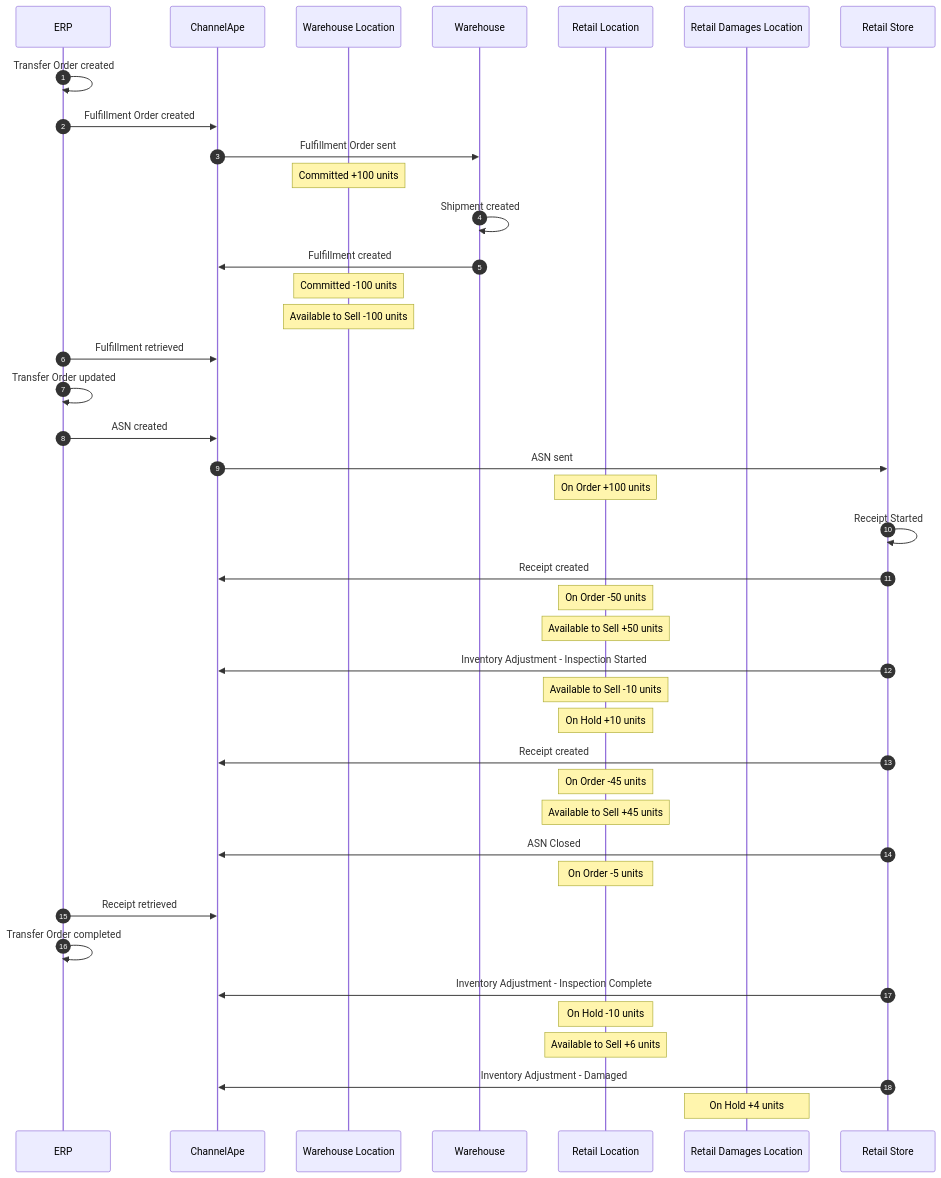
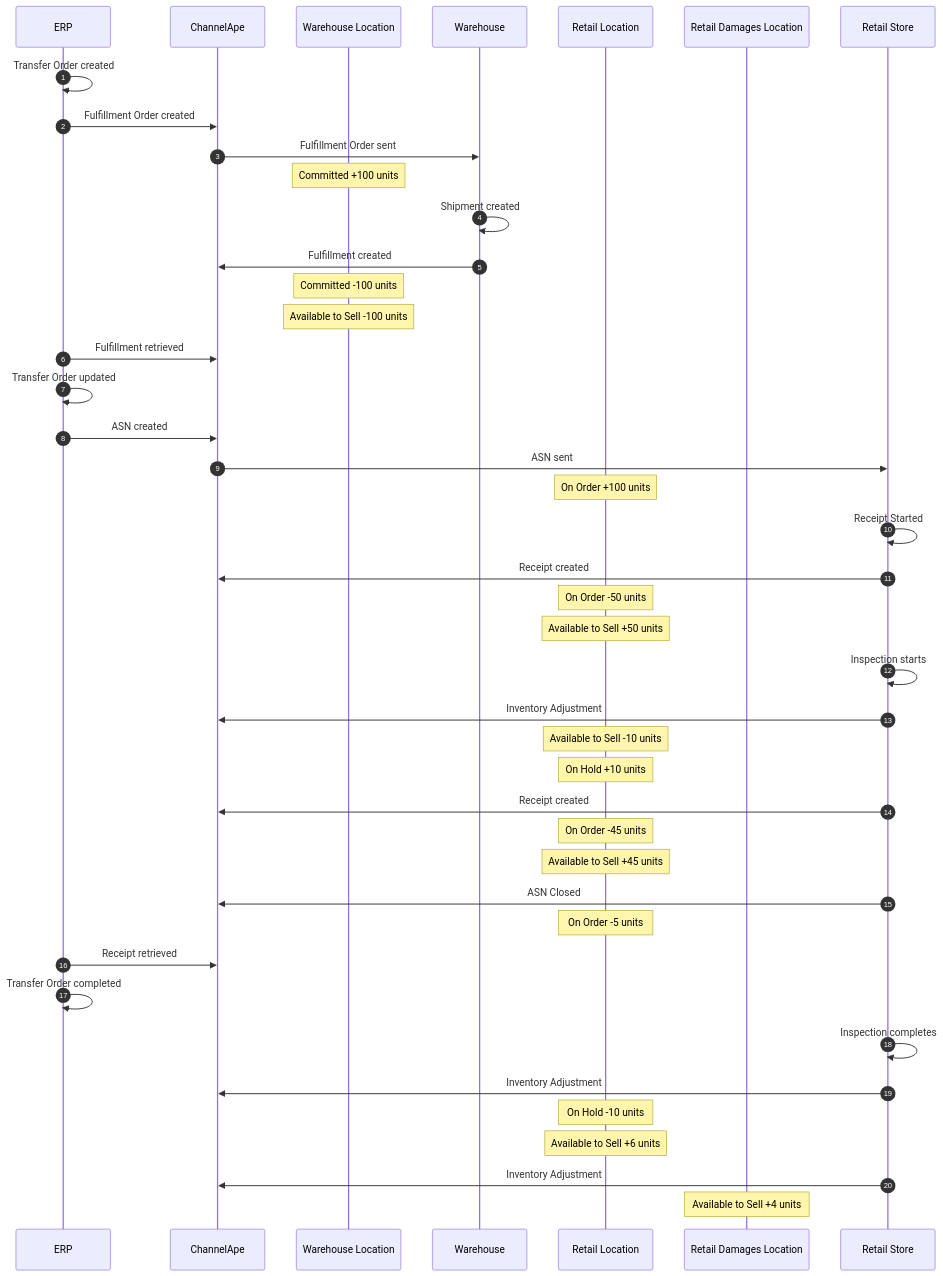
Before and after one commit to ChannelApe/channelape-docs: the fifth of 6 diagrams in data-flows/transfer-orders/README.md, drawn with Mermaid. The commit also changed other lines of this file, not shown here.

Commit message:
Corrected the status on Damages locations & process adjustments

````diff
--- a/data-flows/transfer-orders/README.md
+++ b/data-flows/transfer-orders/README.md
@@ -280,57 +280,61 @@
 ```mermaid
 sequenceDiagram
     autonumber
     participant ERP
     participant ChannelApe
     participant Warehouse Location
     participant Warehouse
     participant Retail Location
     participant Retail Damages Location
     participant Retail Store
 
     ERP->>ERP: Transfer Order created
     ERP->>ChannelApe: Fulfillment Order created
 
     ChannelApe->>Warehouse: Fulfillment Order sent
     note over Warehouse Location: Committed +100 units
     
     Warehouse->>Warehouse: Shipment created
     Warehouse->>ChannelApe: Fulfillment created
     note over Warehouse Location: Committed -100 units
     note over Warehouse Location: Available to Sell -100 units
 
     ERP->>ChannelApe: Fulfillment retrieved
     ERP->>ERP: Transfer Order updated
     ERP->>ChannelApe: ASN created
     
     ChannelApe->>Retail Store: ASN sent
     note over Retail Location: On Order +100 units
 
     Retail Store->>Retail Store: Receipt Started
 
     Retail Store->>ChannelApe: Receipt created
     note over Retail Location: On Order -50 units
     note over Retail Location: Available to Sell +50 units
 
-    Retail Store->>ChannelApe: Inventory Adjustment - Inspection Started
+    Retail Store->>Retail Store: Inspection starts
+
+    Retail Store->>ChannelApe: Inventory Adjustment
     note over Retail Location: Available to Sell -10 units
     note over Retail Location: On Hold +10 units
 
     Retail Store->>ChannelApe: Receipt created
     note over Retail Location: On Order -45 units
     note over Retail Location: Available to Sell +45 units
 
     Retail Store->>ChannelApe: ASN Closed
     note over Retail Location: On Order -5 units
 
     ERP->>ChannelApe: Receipt retrieved
 
     ERP->>ERP: Transfer Order completed
     
-    Retail Store->>ChannelApe: Inventory Adjustment - Inspection Complete
+    Retail Store->>Retail Store: Inspection completes
+
+    Retail Store->>ChannelApe: Inventory Adjustment
     note over Retail Location: On Hold -10 units
     note over Retail Location: Available to Sell +6 units
 
-    Retail Store->>ChannelApe: Inventory Adjustment - Damaged
-    note over Retail Damages Location: On Hold +4 units
+    Retail Store->>ChannelApe: Inventory Adjustment
+    note over Retail Damages Location: Available to Sell +4 units
 ```
````
